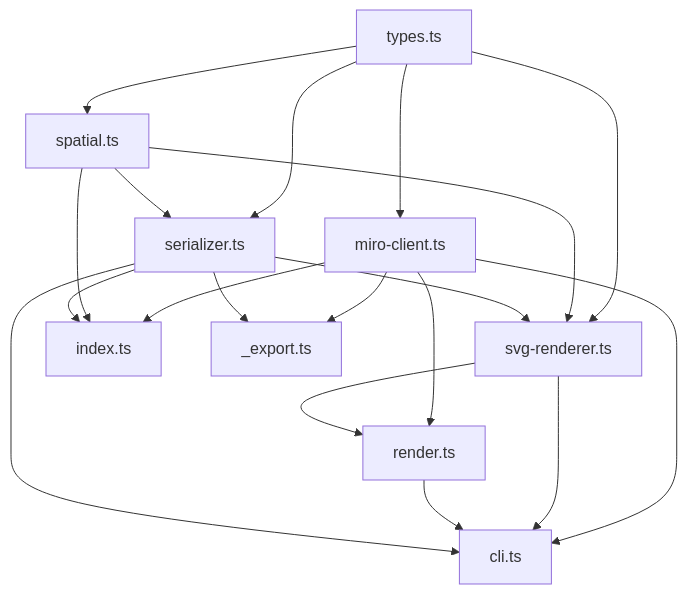
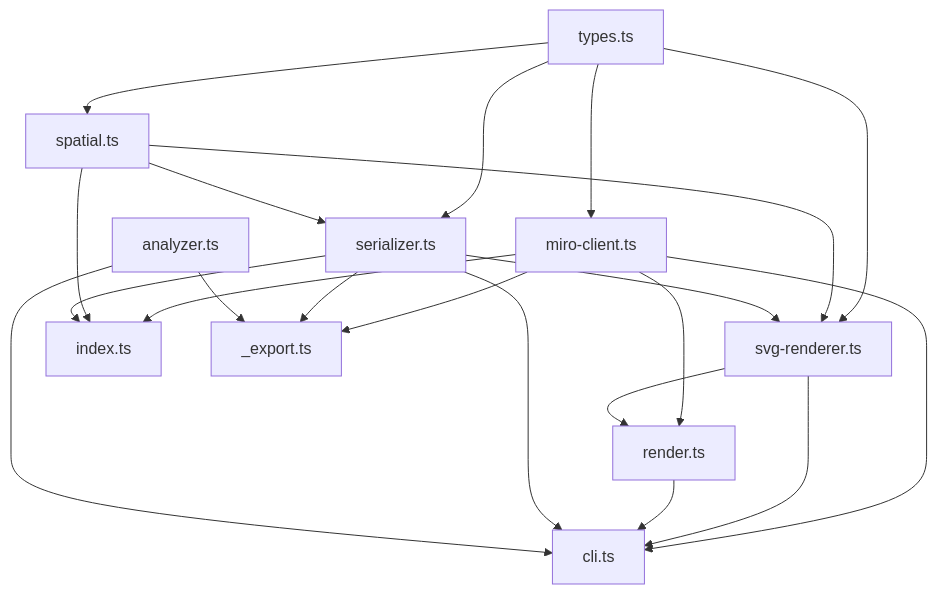
The second of 2 diagrams in CLAUDE.md (dkh-ai/miroex), drawn with Mermaid before and after one commit. The commit also changed other lines of this file and 9 other files, not shown here.

````diff
--- a/CLAUDE.md
+++ b/CLAUDE.md
@@ -162,31 +178,34 @@
 ```mermaid
 graph TD
     types[types.ts]
     mc[miro-client.ts]
     sp[spatial.ts]
     sr[serializer.ts]
     svg[svg-renderer.ts]
+    az[analyzer.ts]
     idx[index.ts]
     rnd[render.ts]
     exp[_export.ts]
     cli[cli.ts]
 
     types --> mc
     types --> sp
     types --> sr
     types --> svg
     sp --> sr
     sp --> svg
     sr --> svg
     mc --> idx
     sp --> idx
     sr --> idx
     mc --> rnd
     svg --> rnd
     mc --> exp
     sr --> exp
+    az --> exp
     mc --> cli
     svg --> cli
     rnd --> cli
     sr --> cli
+    az --> cli
 ```
````
